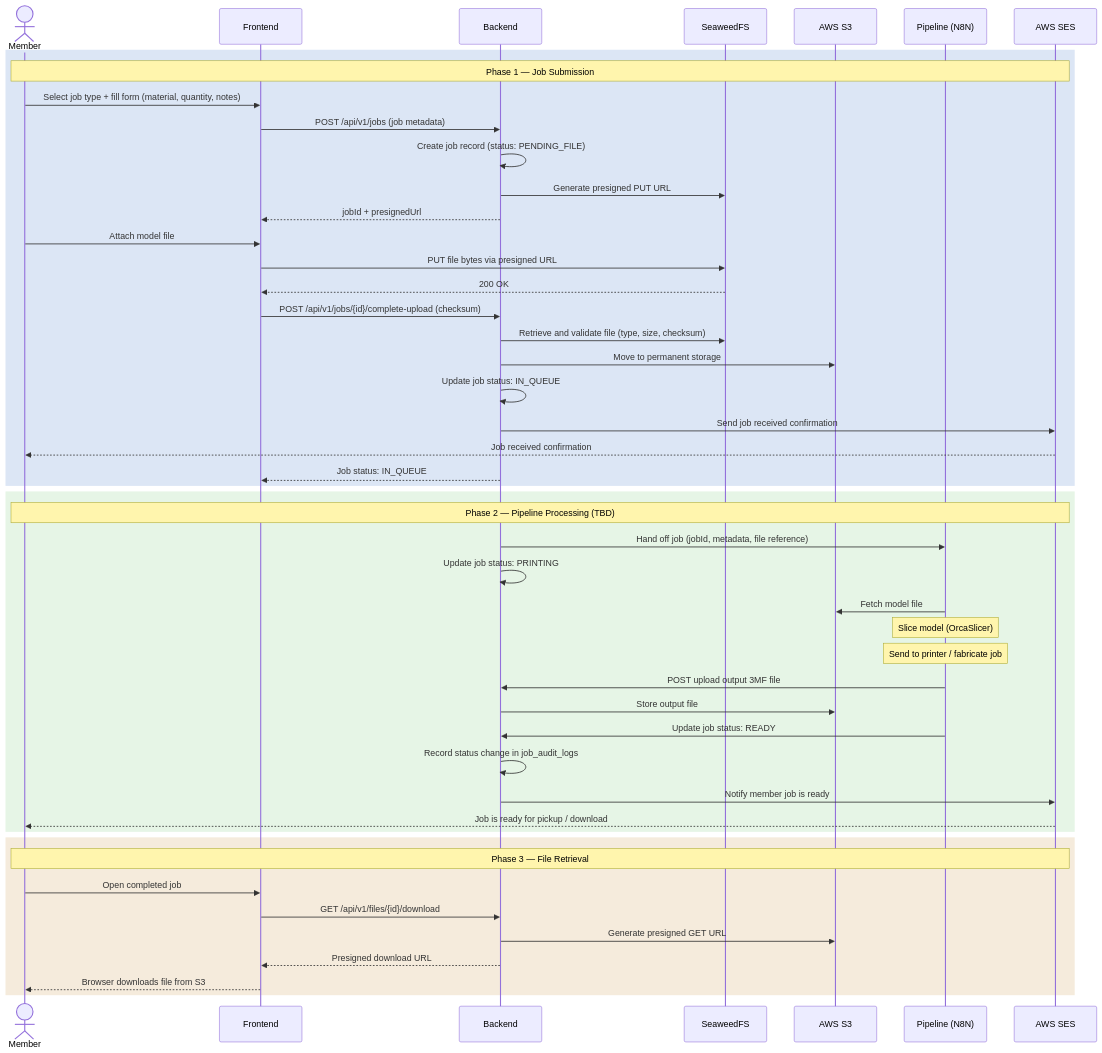
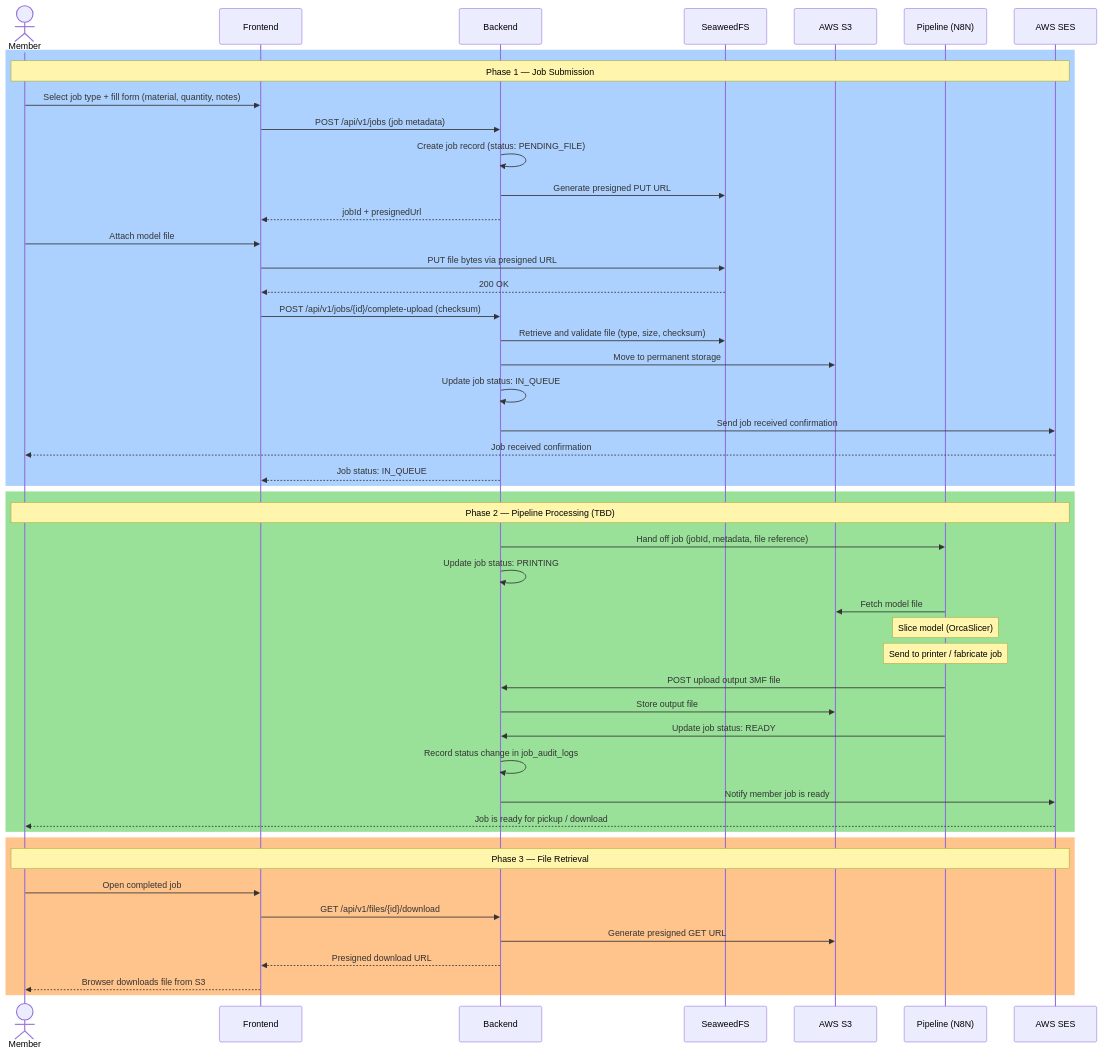
One commit to 3D-Western/3dw-hub changed the third of 3 diagrams in docs/report/system-architecture.md. Above: the diagram before and after it, drawn with Mermaid. The commit also changed other lines of this file and 1 other file, not shown here.

Commit message:
docs: add authentication and authorization details to documentation

````diff
--- a/docs/report/system-architecture.md
+++ b/docs/report/system-architecture.md
@@ -168,57 +170,57 @@
 ```mermaid
 sequenceDiagram
     actor User as Member
     participant FE as Frontend
     participant BE as Backend
     participant WFS as SeaweedFS
     participant S3 as AWS S3
     participant PL as Pipeline (N8N)
     participant SES as AWS SES
 
-    rect rgb(220, 230, 245)
+    rect rgb(173, 209, 255)
         note over User, SES: Phase 1 — Job Submission
         User->>FE: Select job type + fill form (material, quantity, notes)
         FE->>BE: POST /api/v1/jobs (job metadata)
         BE->>BE: Create job record (status: PENDING_FILE)
         BE->>WFS: Generate presigned PUT URL
         BE-->>FE: jobId + presignedUrl
 
         User->>FE: Attach model file
         FE->>WFS: PUT file bytes via presigned URL
         WFS-->>FE: 200 OK
 
         FE->>BE: POST /api/v1/jobs/{id}/complete-upload (checksum)
         BE->>WFS: Retrieve and validate file (type, size, checksum)
         BE->>S3: Move to permanent storage
         BE->>BE: Update job status: IN_QUEUE
         BE->>SES: Send job received confirmation
         SES-->>User: Job received confirmation
         BE-->>FE: Job status: IN_QUEUE
     end
 
-    rect rgb(230, 245, 230)
+    rect rgb(153, 225, 153)
         note over User, SES: Phase 2 — Pipeline Processing (TBD)
         BE->>PL: Hand off job (jobId, metadata, file reference)
         BE->>BE: Update job status: PRINTING
 
         PL->>S3: Fetch model file
         note over PL: Slice model (OrcaSlicer)
         note over PL: Send to printer / fabricate job
 
         PL->>BE: POST upload output 3MF file
         BE->>S3: Store output file
         PL->>BE: Update job status: READY
         BE->>BE: Record status change in job_audit_logs
         BE->>SES: Notify member job is ready
         SES-->>User: Job is ready for pickup / download
     end
 
-    rect rgb(245, 235, 220)
+    rect rgb(255, 195, 140)
         note over User, SES: Phase 3 — File Retrieval
         User->>FE: Open completed job
         FE->>BE: GET /api/v1/files/{id}/download
         BE->>S3: Generate presigned GET URL
         BE-->>FE: Presigned download URL
         FE-->>User: Browser downloads file from S3
     end
 ```
````
